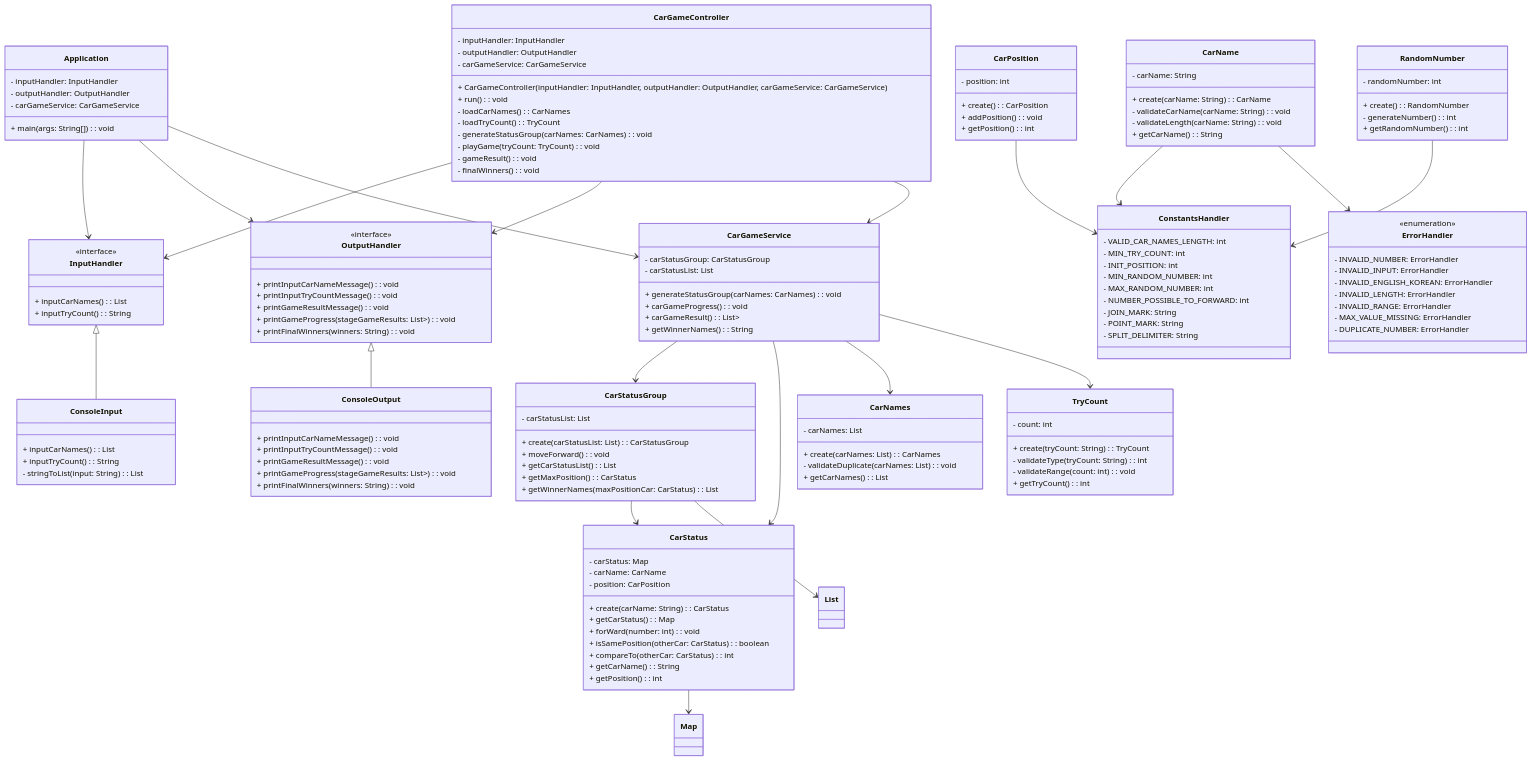
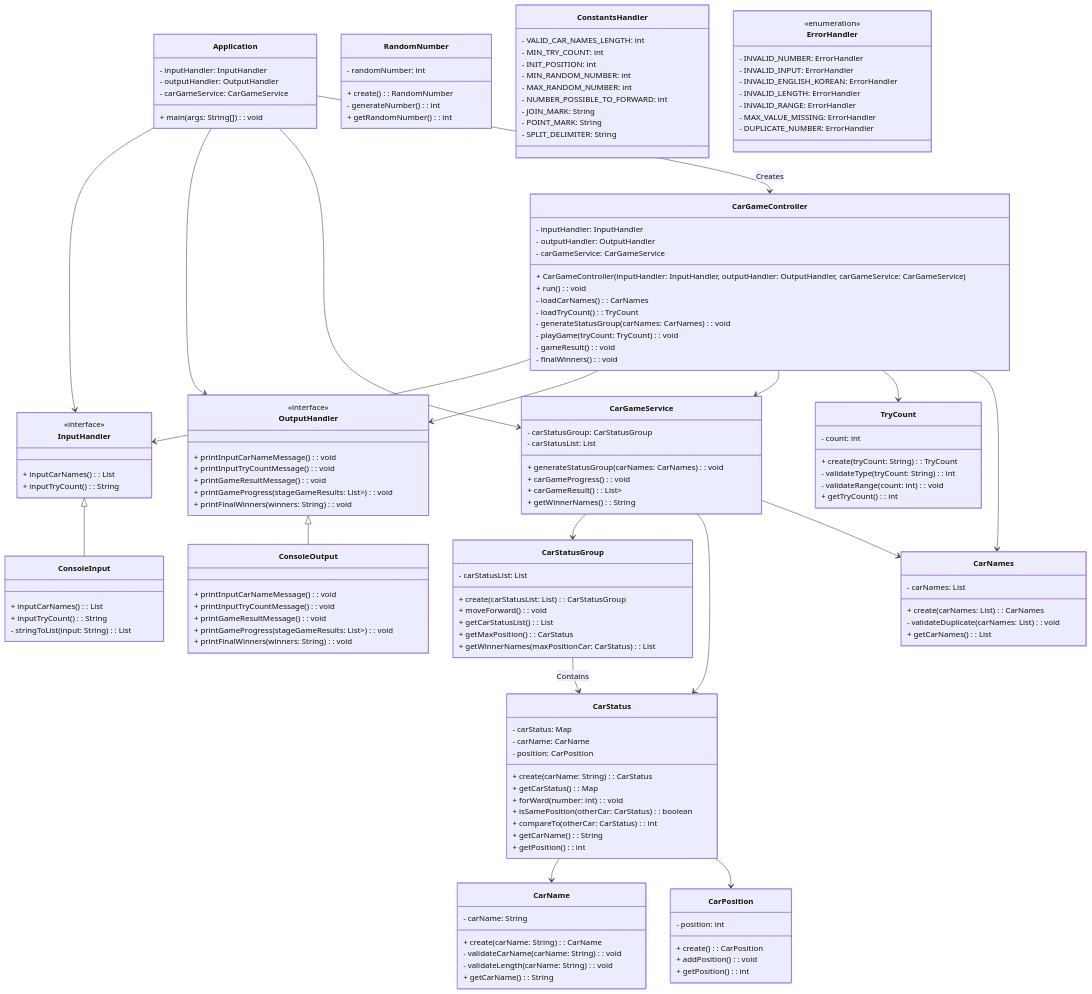
One commit to woowacourse-precourse/java-racingcar-6 changed the diagram in docs/README.md. Above: the diagram before and after it, drawn with Mermaid. The commit also changed other lines of this file, not shown here.

````diff
--- a/docs/README.md
+++ b/docs/README.md
@@ -262,18 +262,16 @@
 Application --> InputHandler
 Application --> OutputHandler
 Application --> CarGameService
+Application --> CarGameController : Creates
 CarGameController --> InputHandler
 CarGameController --> OutputHandler
 CarGameController --> CarGameService
+CarGameController --> TryCount
+CarGameController --> CarNames
 CarGameService --> CarStatusGroup
 CarGameService --> CarStatus
 CarGameService --> CarNames
-CarGameService --> TryCount
-CarStatusGroup --> CarStatus
-CarStatusGroup --> List
-CarStatus --> Map
-CarName --> ConstantsHandler
-CarName --> ErrorHandler
-CarPosition --> ConstantsHandler
-RandomNumber --> ConstantsHandler
+CarStatusGroup --> CarStatus : Contains
+CarStatus --> CarName
+CarStatus --> CarPosition
 ```
````
